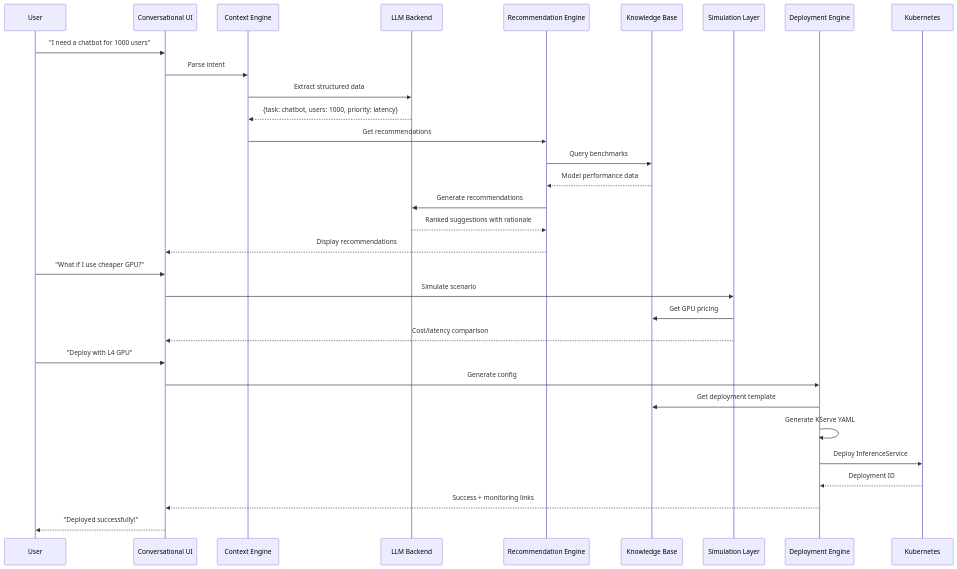
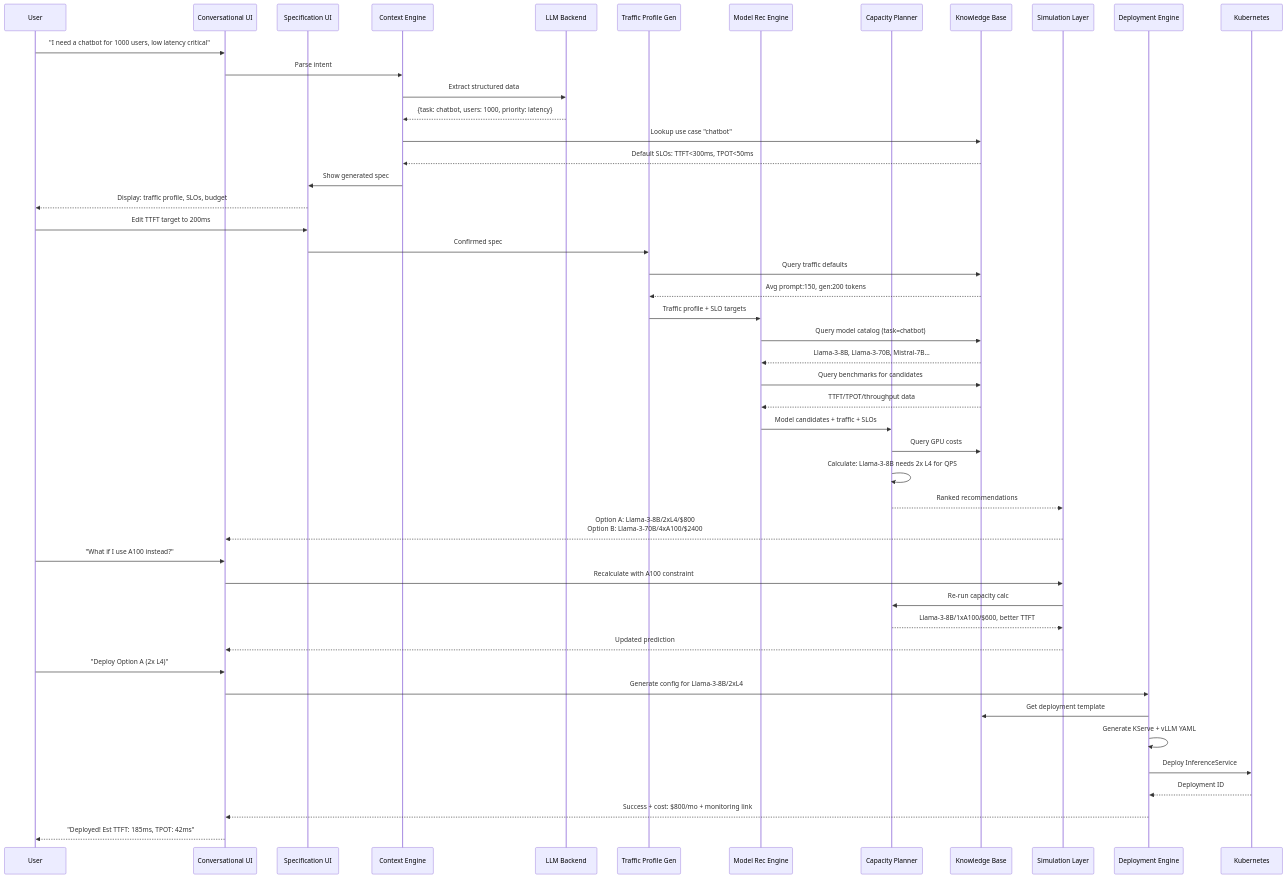
Before and after one commit to redhat-et/compass: the third of 5 diagrams in architecture-diagram.md, drawn with Mermaid. The commit also changed other lines of this file and 1 other file, not shown here.

First line of the commit message:
Add comprehensive SLO-driven deployment planning capabilities

````diff
--- a/architecture-diagram.md
+++ b/architecture-diagram.md
@@ -141,38 +198,59 @@
 ```mermaid
 sequenceDiagram
     participant User
     participant UI as Conversational UI
+    participant SPEC_UI as Specification UI
     participant CIE as Context Engine
     participant LLM as LLM Backend
-    participant RE as Recommendation Engine
+    participant TPG as Traffic Profile Gen
+    participant MRE as Model Rec Engine
+    participant CPE as Capacity Planner
     participant KB as Knowledge Base
     participant SIM as Simulation Layer
     participant DAE as Deployment Engine
     participant K8S as Kubernetes
 
-    User->>UI: "I need a chatbot for 1000 users"
+    User->>UI: "I need a chatbot for 1000 users, low latency critical"
     UI->>CIE: Parse intent
     CIE->>LLM: Extract structured data
     LLM-->>CIE: {task: chatbot, users: 1000, priority: latency}
 
-    CIE->>RE: Get recommendations
-    RE->>KB: Query benchmarks
-    KB-->>RE: Model performance data
-    RE->>LLM: Generate recommendations
-    LLM-->>RE: Ranked suggestions with rationale
-    RE-->>UI: Display recommendations
+    CIE->>KB: Lookup use case "chatbot"
+    KB-->>CIE: Default SLOs: TTFT<300ms, TPOT<50ms
 
-    User->>UI: "What if I use cheaper GPU?"
-    UI->>SIM: Simulate scenario
-    SIM->>KB: Get GPU pricing
-    SIM-->>UI: Cost/latency comparison
+    CIE->>SPEC_UI: Show generated spec
+    SPEC_UI-->>User: Display: traffic profile, SLOs, budget
+    User->>SPEC_UI: Edit TTFT target to 200ms
+    SPEC_UI->>TPG: Confirmed spec
 
-    User->>UI: "Deploy with L4 GPU"
-    UI->>DAE: Generate config
+    TPG->>KB: Query traffic defaults
+    KB-->>TPG: Avg prompt:150, gen:200 tokens
+    TPG->>MRE: Traffic profile + SLO targets
+
+    MRE->>KB: Query model catalog (task=chatbot)
+    KB-->>MRE: Llama-3-8B, Llama-3-70B, Mistral-7B...
+    MRE->>KB: Query benchmarks for candidates
+    KB-->>MRE: TTFT/TPOT/throughput data
+
+    MRE->>CPE: Model candidates + traffic + SLOs
+    CPE->>KB: Query GPU costs
+    CPE->>CPE: Calculate: Llama-3-8B needs 2x L4 for QPS
+    CPE-->>SIM: Ranked recommendations
+
+    SIM-->>UI: Option A: Llama-3-8B/2xL4/$800<br/>Option B: Llama-3-70B/4xA100/$2400
+
+    User->>UI: "What if I use A100 instead?"
+    UI->>SIM: Recalculate with A100 constraint
+    SIM->>CPE: Re-run capacity calc
+    CPE-->>SIM: Llama-3-8B/1xA100/$600, better TTFT
+    SIM-->>UI: Updated prediction
+
+    User->>UI: "Deploy Option A (2x L4)"
+    UI->>DAE: Generate config for Llama-3-8B/2xL4
     DAE->>KB: Get deployment template
-    DAE->>DAE: Generate KServe YAML
+    DAE->>DAE: Generate KServe + vLLM YAML
     DAE->>K8S: Deploy InferenceService
     K8S-->>DAE: Deployment ID
-    DAE-->>UI: Success + monitoring links
-    UI-->>User: "Deployed successfully!"
+    DAE-->>UI: Success + cost: $800/mo + monitoring link
+    UI-->>User: "Deployed! Est TTFT: 185ms, TPOT: 42ms"
 ```
````
